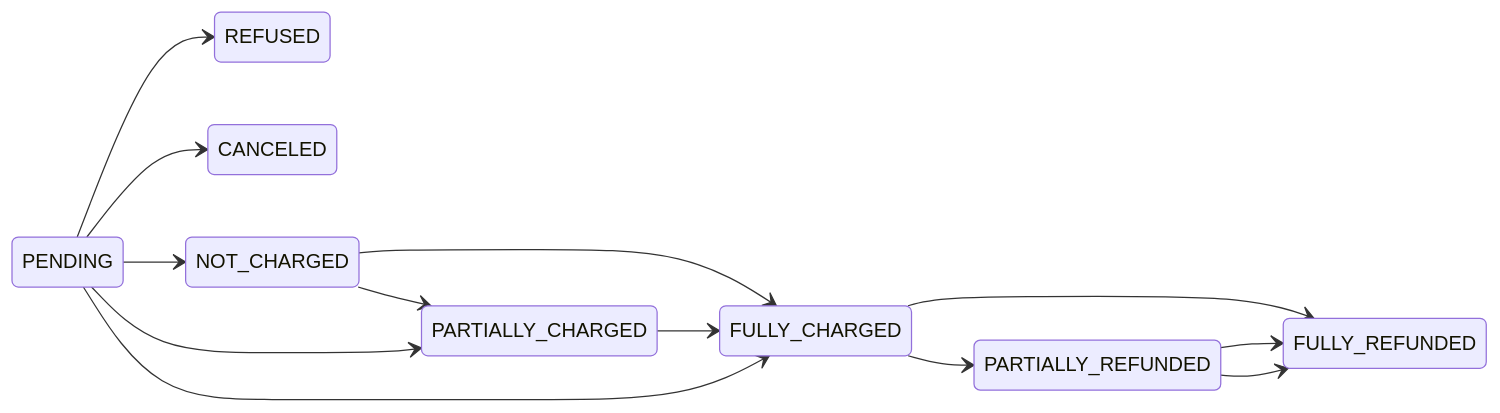
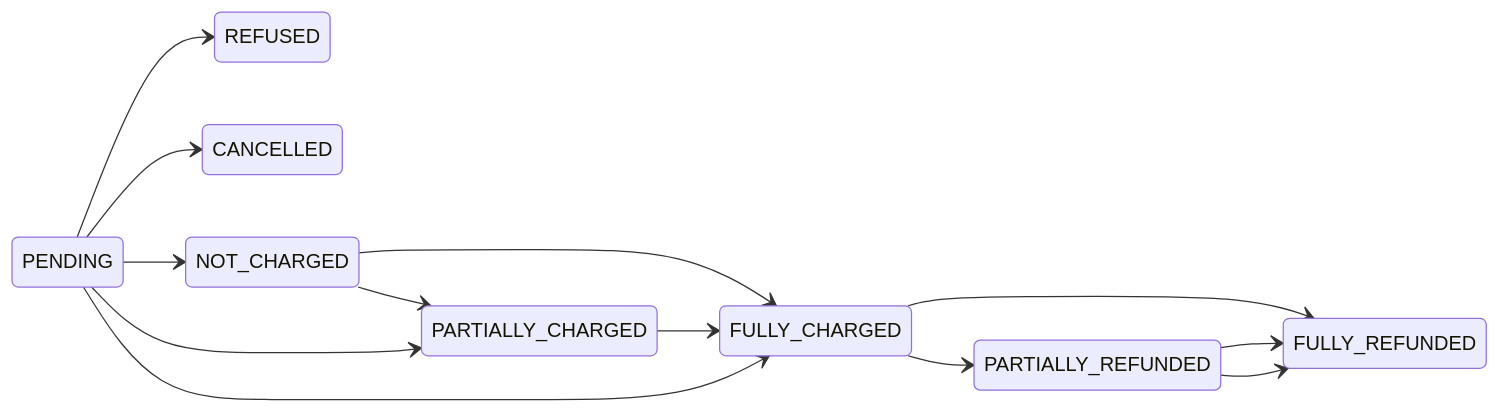
The first of 3 diagrams in versioned_docs/version-3.x/developer/payment-status.mdx (saleor/saleor-docs), drawn with Mermaid before and after one commit. The commit also changed other lines of this file and 1 other file, not shown here.

Commit message:
stylistic changes

````diff
--- a/versioned_docs/version-3.x/developer/payment-status.mdx
+++ b/versioned_docs/version-3.x/developer/payment-status.mdx
@@ -7,30 +7,30 @@
 ```mermaid
 stateDiagram-v2
-    direction LR
+ direction LR
 
-    PENDING
-    REFUSED
-    CANCELED
-    NOT_CHARGED
-    PARTIALLY_CHARGED
-    FULLY_CHARGED
-    PARTIALLY_REFUNDED
-    FULLY_REFUNDED
+ PENDING
+ REFUSED
+ CANCELLED
+ NOT_CHARGED
+ PARTIALLY_CHARGED
+ FULLY_CHARGED
+ PARTIALLY_REFUNDED
+ FULLY_REFUNDED
 
-    PENDING --> REFUSED
-    PENDING --> CANCELED
-    PENDING --> NOT_CHARGED
+ PENDING --> REFUSED
+ PENDING --> CANCELLED
+ PENDING --> NOT_CHARGED
 
-    NOT_CHARGED --> PARTIALLY_CHARGED
-    NOT_CHARGED --> FULLY_CHARGED
-    PARTIALLY_CHARGED --> FULLY_CHARGED
+ NOT_CHARGED --> PARTIALLY_CHARGED
+ NOT_CHARGED --> FULLY_CHARGED
+ PARTIALLY_CHARGED --> FULLY_CHARGED
 
-    PENDING --> PARTIALLY_CHARGED
-    PENDING --> FULLY_CHARGED
+ PENDING --> PARTIALLY_CHARGED
+ PENDING --> FULLY_CHARGED
 
-    FULLY_CHARGED --> PARTIALLY_REFUNDED
-    FULLY_CHARGED --> FULLY_REFUNDED
-    PARTIALLY_REFUNDED --> FULLY_REFUNDED
+ FULLY_CHARGED --> PARTIALLY_REFUNDED
+ FULLY_CHARGED --> FULLY_REFUNDED
+ PARTIALLY_REFUNDED --> FULLY_REFUNDED
 
-    PARTIALLY_REFUNDED --> FULLY_REFUNDED
+ PARTIALLY_REFUNDED --> FULLY_REFUNDED
 ```
````
